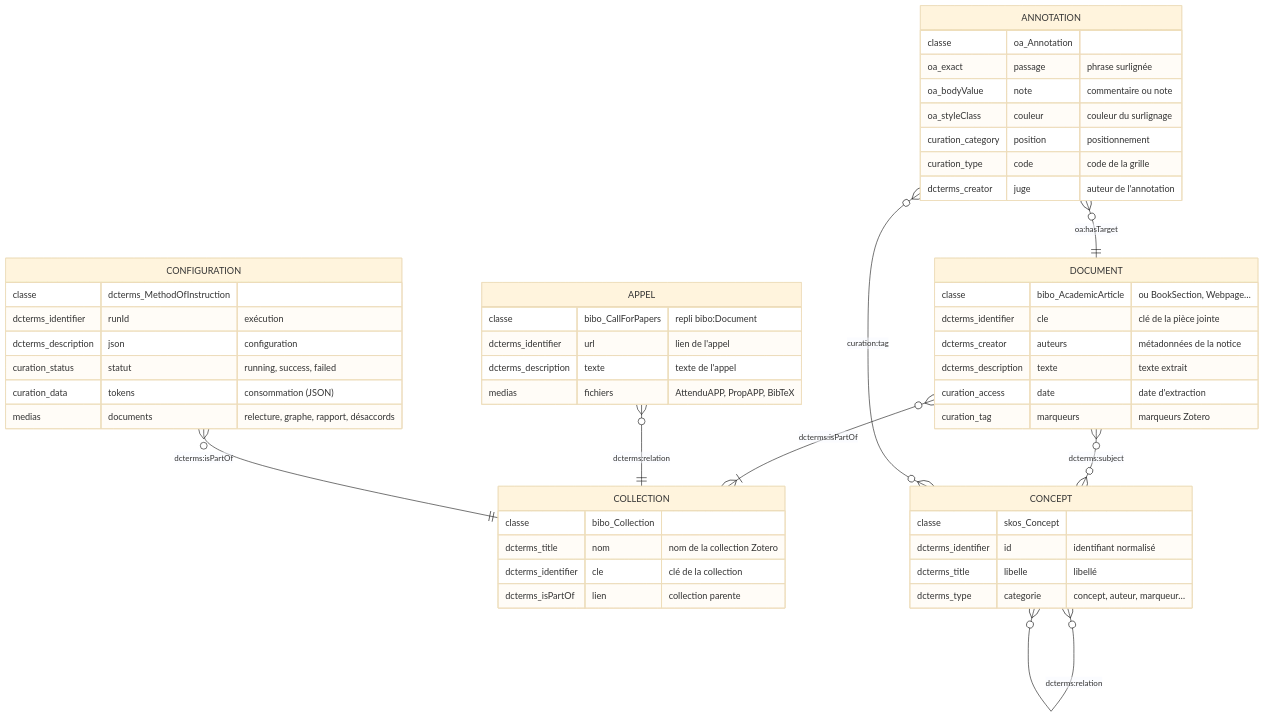
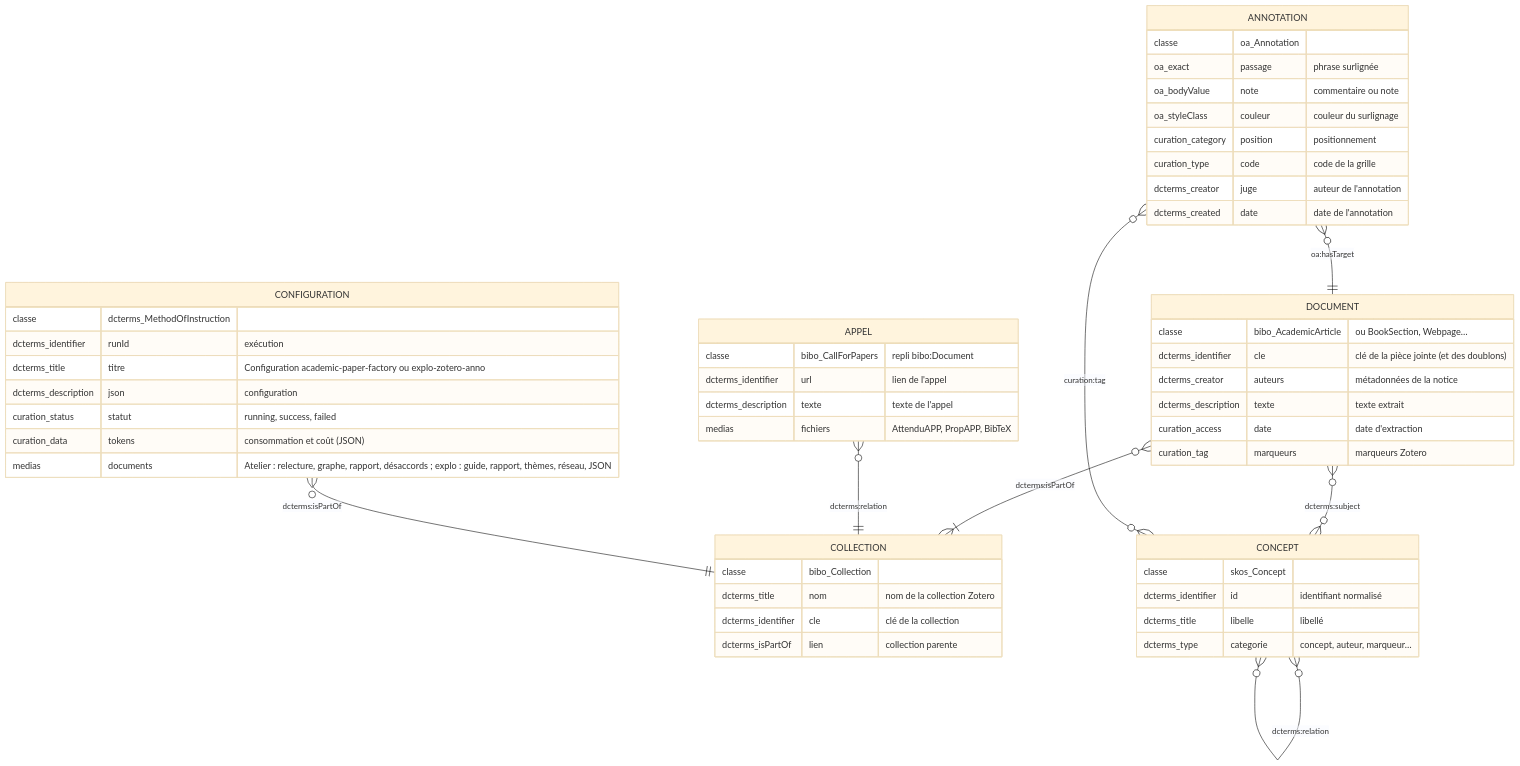
One commit to samszo/ecosysteme-agents-recherche changed the seventh of 8 diagrams in docs/technique.md. Above: the diagram before and after it, drawn with Mermaid (base theme). The commit also changed other lines of this file and 10 other files, not shown here.

````diff
--- a/docs/technique.md
+++ b/docs/technique.md
@@ -251,53 +276,55 @@
 ```mermaid
 erDiagram
     COLLECTION {
         classe bibo_Collection
         dcterms_title nom "nom de la collection Zotero"
         dcterms_identifier cle "clé de la collection"
         dcterms_isPartOf lien "collection parente"
     }
     DOCUMENT {
         classe bibo_AcademicArticle "ou BookSection, Webpage…"
-        dcterms_identifier cle "clé de la pièce jointe"
+        dcterms_identifier cle "clé de la pièce jointe (et des doublons)"
         dcterms_creator auteurs "métadonnées de la notice"
         dcterms_description texte "texte extrait"
         curation_access date "date d'extraction"
         curation_tag marqueurs "marqueurs Zotero"
     }
     ANNOTATION {
         classe oa_Annotation
         oa_exact passage "phrase surlignée"
         oa_bodyValue note "commentaire ou note"
         oa_styleClass couleur "couleur du surlignage"
         curation_category position "positionnement"
         curation_type code "code de la grille"
         dcterms_creator juge "auteur de l'annotation"
+        dcterms_created date "date de l'annotation"
     }
     CONCEPT {
         classe skos_Concept
         dcterms_identifier id "identifiant normalisé"
         dcterms_title libelle "libellé"
         dcterms_type categorie "concept, auteur, marqueur…"
     }
     APPEL {
         classe bibo_CallForPapers "repli bibo:Document"
         dcterms_identifier url "lien de l'appel"
         dcterms_description texte "texte de l'appel"
         medias fichiers "AttenduAPP, PropAPP, BibTeX"
     }
     CONFIGURATION {
         classe dcterms_MethodOfInstruction
         dcterms_identifier runId "exécution"
+        dcterms_title titre "Configuration academic-paper-factory ou explo-zotero-anno"
         dcterms_description json "configuration"
         curation_status statut "running, success, failed"
-        curation_data tokens "consommation (JSON)"
-        medias documents "relecture, graphe, rapport, désaccords"
+        curation_data tokens "consommation et coût (JSON)"
+        medias documents "Atelier : relecture, graphe, rapport, désaccords ; explo : guide, rapport, thèmes, réseau, JSON"
     }
     DOCUMENT }o--|{ COLLECTION : "dcterms:isPartOf"
     ANNOTATION }o--|| DOCUMENT : "oa:hasTarget"
     DOCUMENT }o--o{ CONCEPT : "dcterms:subject"
     ANNOTATION }o--o{ CONCEPT : "curation:tag"
     CONCEPT }o--o{ CONCEPT : "dcterms:relation"
     APPEL }o--|| COLLECTION : "dcterms:relation"
     CONFIGURATION }o--|| COLLECTION : "dcterms:isPartOf"
 ```
````
